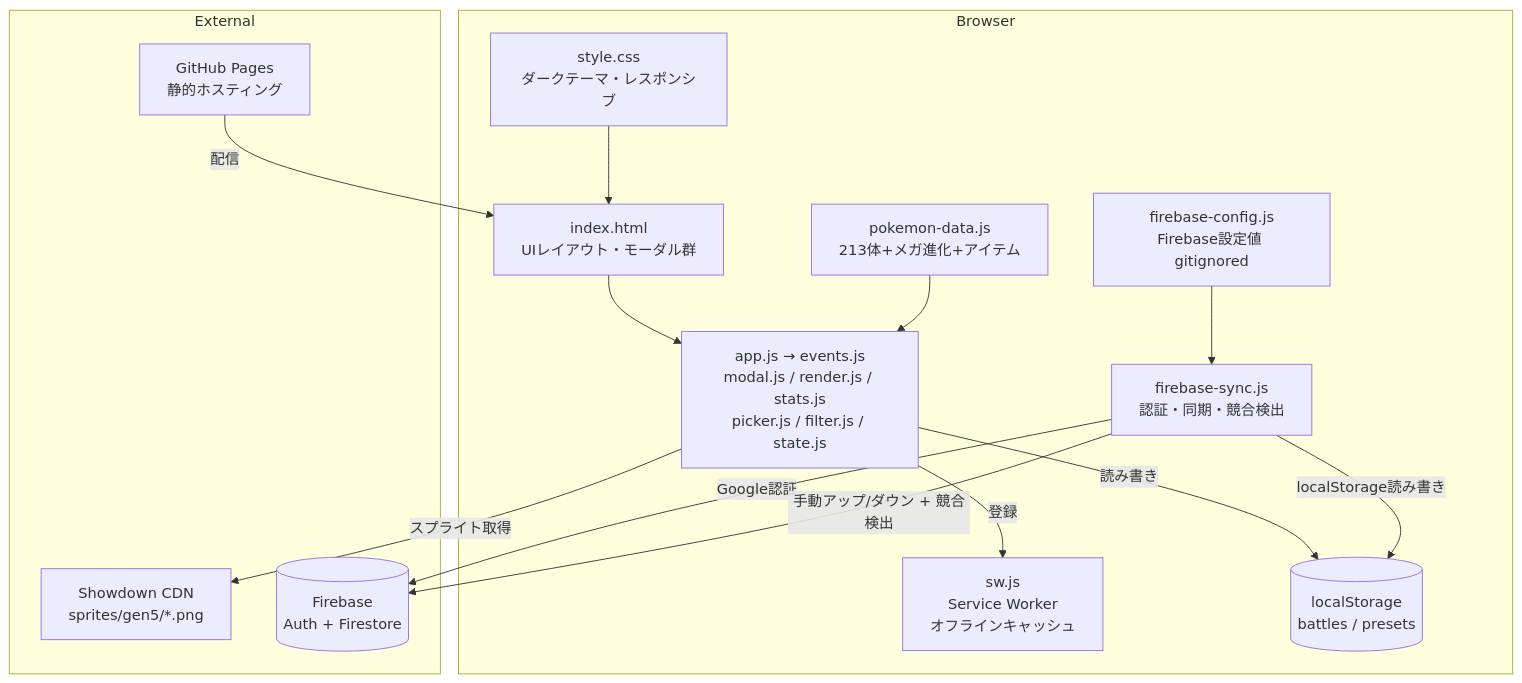
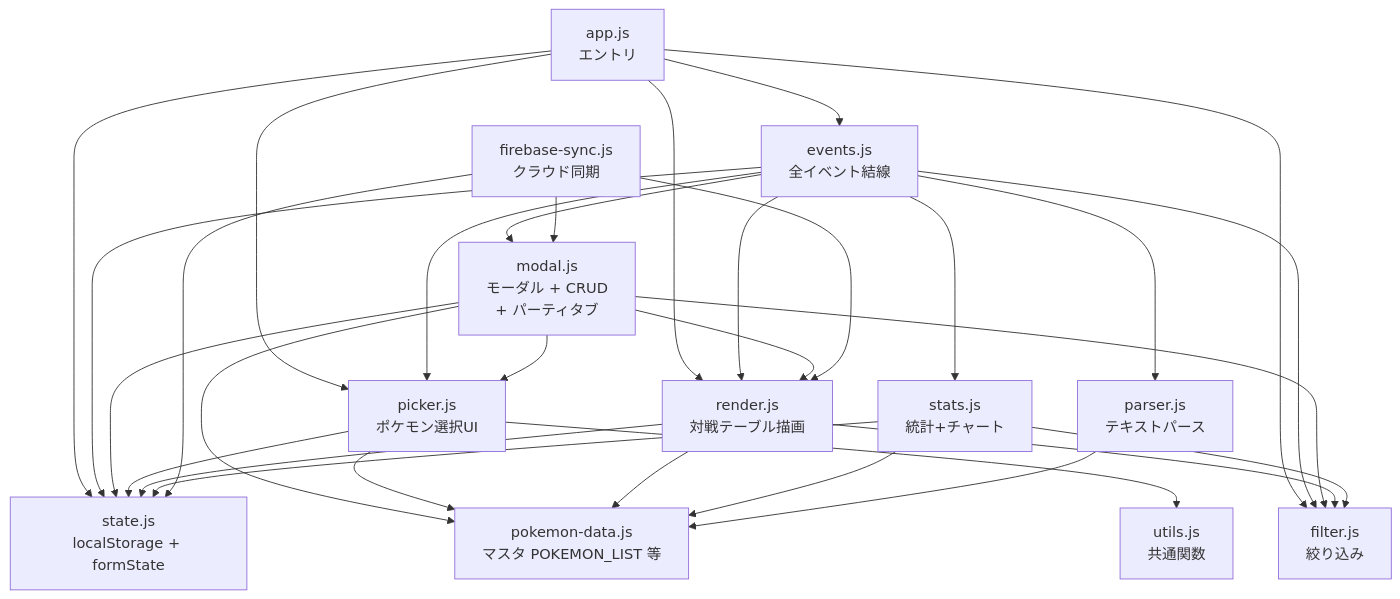
Before and after one commit to 1minami/pokemon-battle-log: the first of 4 diagrams in EXPLANATION.md, drawn with Mermaid. The commit also changed other lines of this file and 1 other file, not shown here.

````diff
--- a/EXPLANATION.md
+++ b/EXPLANATION.md
@@ -27,31 +24,53 @@
 ```mermaid
 graph TD
-    subgraph Browser
-        HTML[index.html<br>UIレイアウト・モーダル群]
-        CSS[style.css<br>ダークテーマ・レスポンシブ]
-        APP[app.js → events.js<br>modal.js / render.js / stats.js<br>picker.js / filter.js / state.js]
-        DATA[pokemon-data.js<br>213体+メガ進化+アイテム]
-        FBCFG[firebase-config.js<br>Firebase設定値 gitignored]
-        FBSYNC[firebase-sync.js<br>認証・同期・競合検出]
-        SW[sw.js<br>Service Worker<br>オフラインキャッシュ]
-        LS[(localStorage<br>battles / presets)]
-    end
+  app[app.js<br/>エントリ]
+  state[state.js<br/>localStorage + formState]
+  data[pokemon-data.js<br/>マスタ POKEMON_LIST 等]
+  utils[utils.js<br/>共通関数]
+  parser[parser.js<br/>テキストパース]
+  picker[picker.js<br/>ポケモン選択UI]
+  modal[modal.js<br/>モーダル + CRUD<br/>+ パーティタブ]
+  render[render.js<br/>対戦テーブル描画]
+  filter[filter.js<br/>絞り込み]
+  stats[stats.js<br/>統計+チャート]
+  events[events.js<br/>全イベント結線]
+  fb[firebase-sync.js<br/>クラウド同期]
 
-    subgraph External
-        CDN[Showdown CDN<br>sprites/gen5/*.png]
-        FB[(Firebase<br>Auth + Firestore)]
-        GHP[GitHub Pages<br>静的ホスティング]
-    end
+  app --> state
+  app --> picker
+  app --> events
+  app --> render
+  app --> filter
 
-    HTML --> APP
-    DATA --> APP
-    CSS --> HTML
-    APP -->|読み書き| LS
-    APP -->|スプライト取得| CDN
-    APP -->|登録| SW
-    FBCFG --> FBSYNC
-    FBSYNC -->|Google認証| FB
-    FBSYNC -->|手動アップ/ダウン + 競合検出| FB
-    FBSYNC -->|localStorage読み書き| LS
-    GHP -->|配信| HTML
+  events --> modal
+  events --> picker
+  events --> render
+  events --> stats
+  events --> filter
+  events --> parser
+  events --> state
+
+  modal --> state
+  modal --> picker
+  modal --> render
+  modal --> filter
+  modal --> data
+
+  picker --> state
+  picker --> data
+  picker --> utils
+
+  render --> state
+  render --> filter
+  render --> data
+
+  stats --> state
+  stats --> filter
+  stats --> data
+
+  parser --> data
+
+  fb --> state
+  fb --> modal
+  fb --> render
 ```
````
